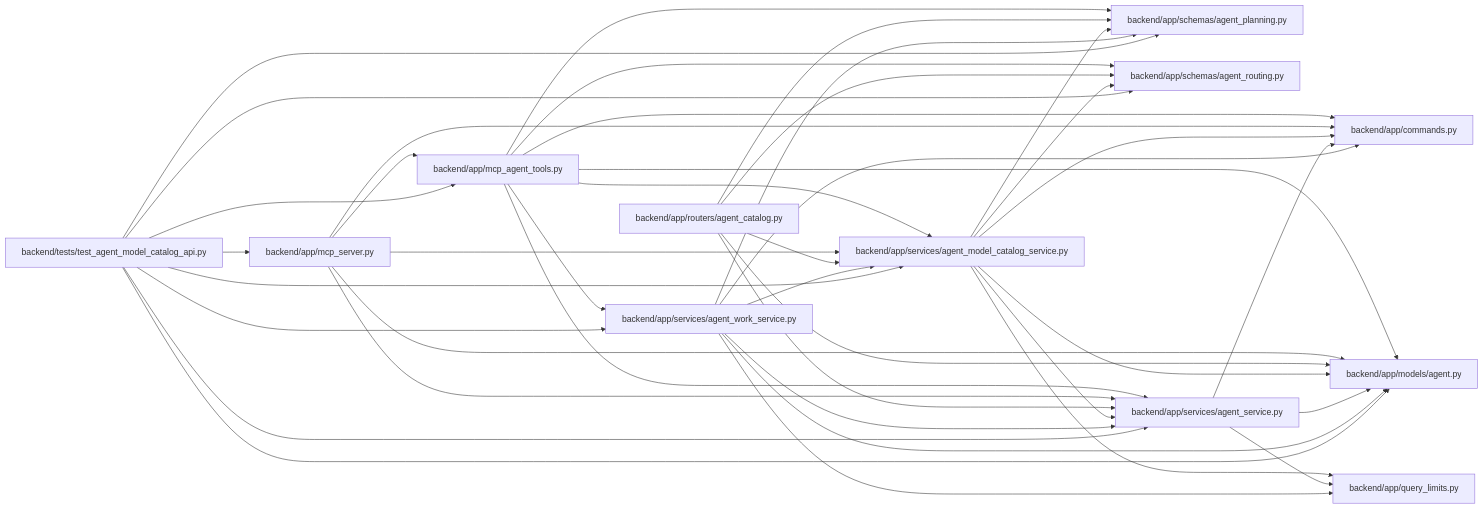
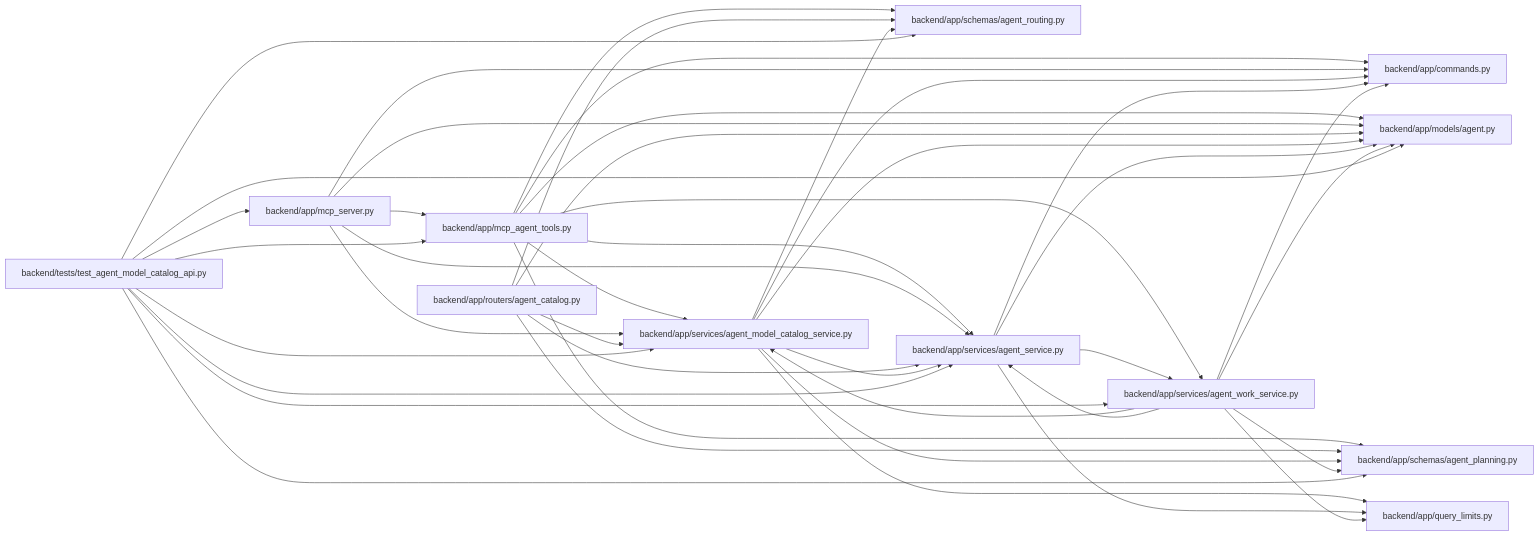
The diagram in docs/llm_wiki/modules/agent_model_catalog_service.md (Denissvgn/WorkChord), drawn with Mermaid before and after one commit. The commit also changed 25171 other files, not shown here.

````diff
--- a/docs/llm_wiki/modules/agent_model_catalog_service.md
+++ b/docs/llm_wiki/modules/agent_model_catalog_service.md
@@ -34,67 +34,68 @@
 ```mermaid
 flowchart LR
     n0["backend/app/commands.py"]
     n1["backend/app/mcp_agent_tools.py"]
     n2["backend/app/mcp_server.py"]
     n3["backend/app/models/agent.py"]
     n4["backend/app/query_limits.py"]
     n5["backend/app/routers/agent_catalog.py"]
     n6["backend/app/schemas/agent_planning.py"]
     n7["backend/app/schemas/agent_routing.py"]
     n8["backend/app/services/agent_model_catalog_service.py"]
     n9["backend/app/services/agent_service.py"]
     n10["backend/app/services/agent_work_service.py"]
     n11["backend/tests/test_agent_model_catalog_api.py"]
     n1 --> n0
     n1 --> n3
     n1 --> n6
     n1 --> n7
     n1 --> n8
     n1 --> n9
     n1 --> n10
     n2 --> n0
     n2 --> n1
     n2 --> n3
     n2 --> n8
     n2 --> n9
     n5 --> n3
     n5 --> n6
     n5 --> n7
     n5 --> n8
     n5 --> n9
     n8 --> n0
     n8 --> n3
     n8 --> n4
     n8 --> n6
     n8 --> n7
     n8 --> n9
     n9 --> n0
     n9 --> n3
     n9 --> n4
+    n9 --> n10
     n10 --> n0
     n10 --> n3
     n10 --> n4
     n10 --> n6
     n10 --> n8
     n10 --> n9
     n11 --> n1
     n11 --> n2
     n11 --> n3
     n11 --> n6
     n11 --> n7
     n11 --> n8
     n11 --> n9
     n11 --> n10
     click n0 "../modules/commands.md"
     click n1 "../modules/mcp_agent_tools.md"
     click n2 "../modules/mcp_server.md"
     click n3 "../modules/models_agent.md"
     click n4 "../modules/query_limits.md"
     click n5 "../modules/agent_catalog.md"
     click n6 "../modules/schemas_agent_planning.md"
     click n7 "../modules/agent_routing.md"
     click n8 "../modules/agent_model_catalog_service.md"
     click n9 "../modules/agent_service.md"
     click n10 "../modules/agent_work_service.md"
     click n11 "../modules/test_agent_model_catalog_api.md"
 ```
````
